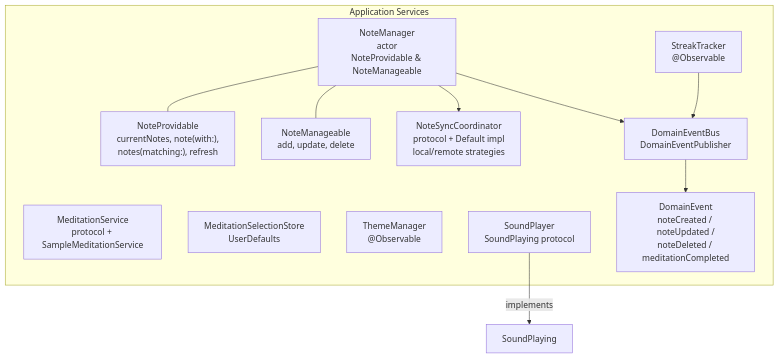
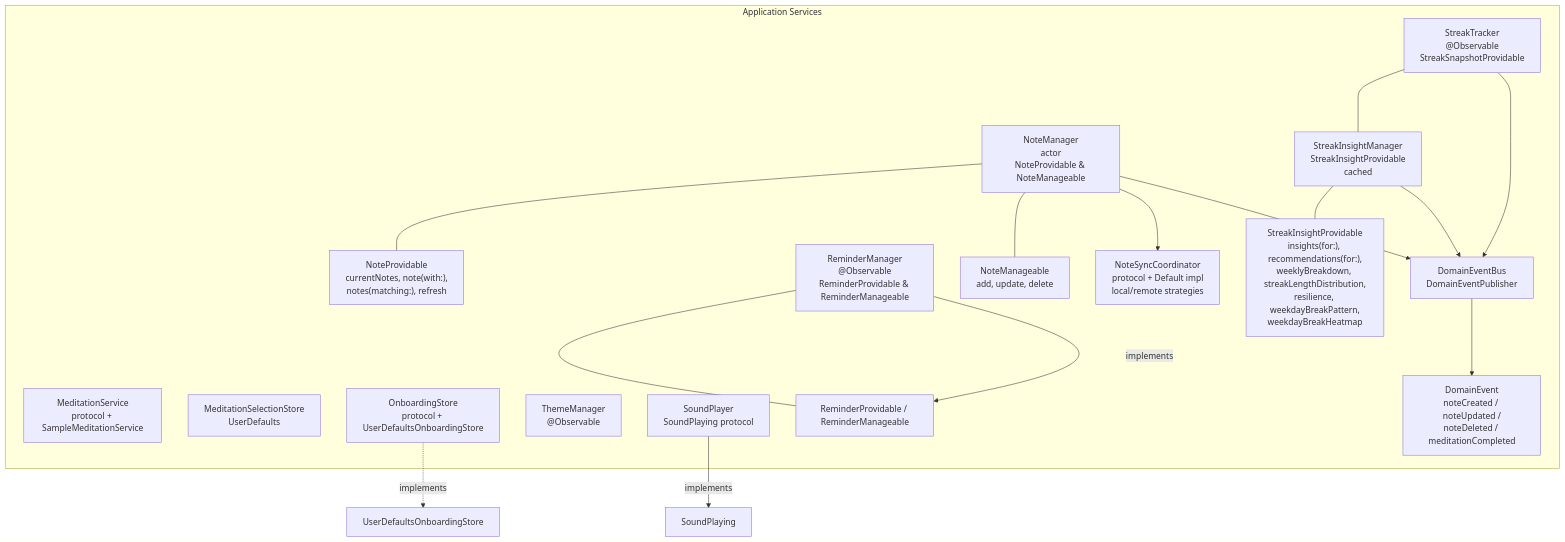
Before and after one commit to kwazzar/MeditateAndNote: the fifth of 8 diagrams in ARCHITECTURE.md, drawn with Mermaid. The commit also changed other lines of this file, not shown here.

Commit message:
docs: update ARCHITECTURE.md for onboarding, reminders, streak insights and concurrency changes

````diff
--- a/ARCHITECTURE.md
+++ b/ARCHITECTURE.md
@@ -178,27 +246,37 @@
 ```mermaid
 graph TB
     subgraph App["Application Services"]
         NM["NoteManager<br/>actor<br/>NoteProvidable & NoteManageable"]
         Sync["NoteSyncCoordinator<br/>protocol + Default impl<br/>local/remote strategies"]
         MeditSvc["MeditationService<br/>protocol + SampleMeditationService"]
         SelStore["MeditationSelectionStore<br/>UserDefaults"]
-        StreakTracker["StreakTracker<br/>@Observable"]
+        StreakTracker["StreakTracker<br/>@Observable<br/>StreakSnapshotProvidable"]
+        InsightMgr["StreakInsightManager<br/>StreakInsightProvidable<br/>cached"]
+        ReminderMgr["ReminderManager<br/>@Observable<br/>ReminderProvidable & ReminderManageable"]
+        OnbStore["OnboardingStore<br/>protocol + UserDefaultsOnboardingStore"]
         ThemeManager["ThemeManager<br/>@Observable"]
         Sound["SoundPlayer<br/>SoundPlaying protocol"]
         Bus["DomainEventBus<br/>DomainEventPublisher"]
 
         NoteProv["NoteProvidable<br/>currentNotes, note(with:),<br/>notes(matching:), refresh"]
         NoteMan["NoteManageable<br/>add, update, delete"]
-
+        InsightProv["StreakInsightProvidable<br/>insights(for:), recommendations(for:),<br/>weeklyBreakdown, streakLengthDistribution,<br/>resilience, weekdayBreakPattern,<br/>weekdayBreakHeatmap"]
+        RemindProv["ReminderProvidable / ReminderManageable"]
 
         Evt["DomainEvent<br/>noteCreated / noteUpdated /<br/>noteDeleted / meditationCompleted"]
     end
 
     NM --- NoteProv
     NM --- NoteMan
     NM --> Sync
     NM --> Bus
+    StreakTracker ---- InsightMgr
+    InsightMgr --- InsightProv
+    ReminderMgr --- RemindProv
+    OnbStore -.->|"implements"| UserDefaultsOnboardingStore
     StreakTracker --> Bus
+    InsightMgr --> Bus
+    ReminderMgr -->|"implements"| RemindProv
     Sound -->|"implements"| SoundP["SoundPlaying"]
     Bus --> Evt
 ```
````
